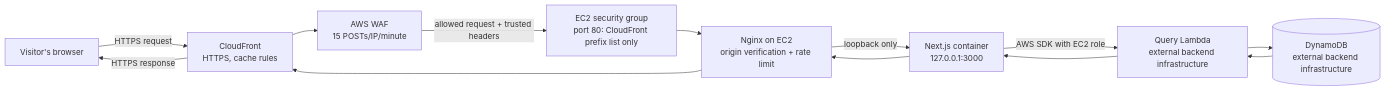
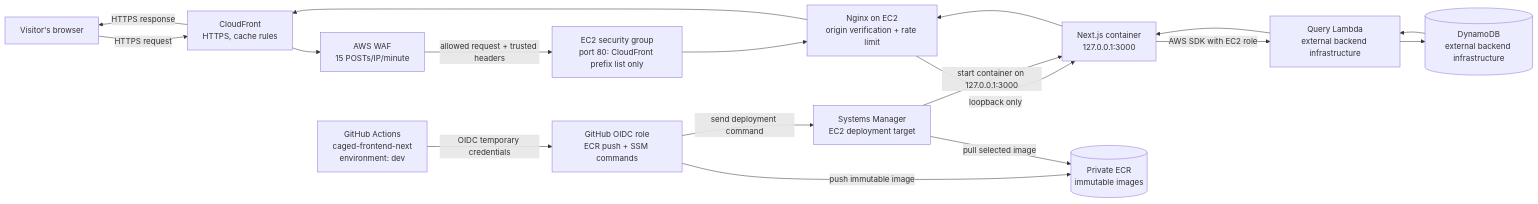
Before and after one commit to Stentzler/caged-frontend-terraform: the diagram in README.md, drawn with Mermaid. The commit also changed other lines of this file and 3 other files, not shown here.

````diff
--- a/README.md
+++ b/README.md
@@ -30,24 +236,34 @@
 ```mermaid
 flowchart LR
   visitor[Visitor's browser]
   cloudfront[CloudFront\nHTTPS, cache rules]
   waf[AWS WAF\n15 POSTs/IP/minute]
   security_group[EC2 security group\nport 80: CloudFront prefix list only]
   nginx[Nginx on EC2\norigin verification + rate limit]
   nextjs[Next.js container\n127.0.0.1:3000]
   lambda[Query Lambda\nexternal backend infrastructure]
   dynamodb[(DynamoDB\nexternal backend infrastructure)]
+  github[GitHub Actions\ncaged-frontend-next\nenvironment: dev]
+  oidc[GitHub OIDC role\nECR push + SSM commands]
+  ecr[(Private ECR\nimmutable images)]
+  ssm[Systems Manager\nEC2 deployment target]
 
   visitor -->|HTTPS request| cloudfront
   cloudfront --> waf
   waf -->|allowed request + trusted headers| security_group
   security_group --> nginx
   nginx -->|loopback only| nextjs
   nextjs -->|AWS SDK with EC2 role| lambda
   lambda --> dynamodb
   dynamodb --> lambda
   lambda --> nextjs
   nextjs --> nginx
   nginx --> cloudfront
   cloudfront -->|HTTPS response| visitor
+
+  github -->|OIDC temporary credentials| oidc
+  oidc -->|push immutable image| ecr
+  oidc -->|send deployment command| ssm
+  ssm -->|pull selected image| ecr
+  ssm -->|start container on 127.0.0.1:3000| nextjs
 ```
````
